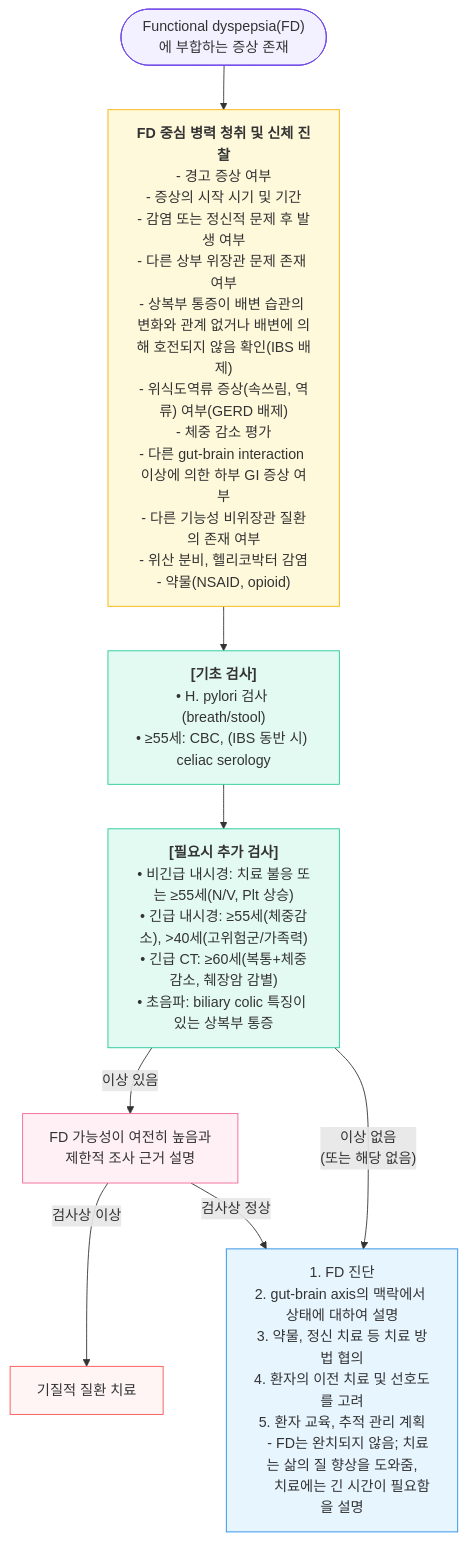
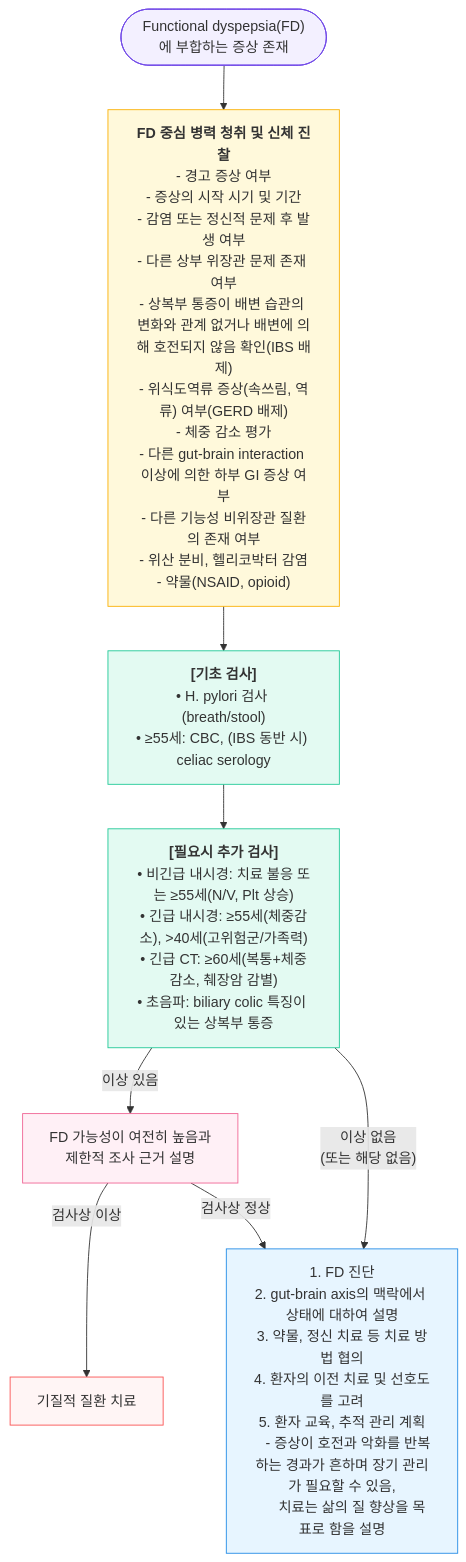
The first of 2 diagrams in 224_/076_-functional-dyspepsia-fd.md (familyoh77/familyoh77), drawn with Mermaid before and after one commit. The commit also changed other lines of this file, not shown here.

````diff
--- a/224_/076_-functional-dyspepsia-fd.md
+++ b/224_/076_-functional-dyspepsia-fd.md
@@ -120,43 +149,43 @@
 ```mermaid
 graph TD
     Start(["Functional dyspepsia(FD)에 부합하는 증상 존재"]) 
     --> History["<b>FD 중심 병력 청취 및 신체 진찰</b>
 - 경고 증상 여부
 - 증상의 시작 시기 및 기간
 - 감염 또는 정신적 문제 후 발생 여부
 - 다른 상부 위장관 문제 존재 여부
 - 상복부 통증이 배변 습관의 변화와 관계 없거나 배변에 의해 호전되지 않음 확인(IBS 배제)
 - 위식도역류 증상(속쓰림, 역류) 여부(GERD 배제)
 - 체중 감소 평가
 - 다른 gut-brain interaction 이상에 의한 하부 GI 증상 여부
 - 다른 기능성 비위장관 질환의 존재 여부
 - 위산 분비, 헬리코박터 감염
 - 약물(NSAID, opioid)
 "]
 
     History --> Labs["<b>[기초 검사]</b><br/>• H. pylori 검사 (breath/stool)<br/>• ≥55세: CBC, (IBS 동반 시) celiac serology"]
     
     Labs --> AddTest["<b>[필요시 추가 검사]</b><br/>• 비긴급 내시경: 치료 불응 또는 ≥55세(N/V, Plt 상승)<br/>• 긴급 내시경: ≥55세(체중감소), >40세(고위험군/가족력)<br/>• 긴급 CT: ≥60세(복통+체중감소, 췌장암 감별)<br/>• 초음파: biliary colic 특징이 있는 상복부 통증"]
 
     AddTest -- "이상 있음" --> Expl["FD 가능성이 여전히 높음과<br/>제한적 조사 근거 설명"]
     
     Expl -- "검사상 이상" --> Organic["기질적 질환 치료"]
     Expl -- "검사상 정상" --> FD_Diag["1. FD 진단
 2. gut-brain axis의 맥락에서 상태에 대하여 설명
 3. 약물, 정신 치료 등 치료 방법 협의
 4. 환자의 이전 치료 및 선호도를 고려
 5. 환자 교육, 추적 관리 계획
-   - FD는 완치되지 않음; 치료는 삶의 질 향상을 도와줌,
-     치료에는 긴 시간이 필요함을 설명
+   - 증상이 호전과 악화를 반복하는 경과가 흔하며 장기 관리가 필요할 수 있음,
+     치료는 삶의 질 향상을 목표로 함을 설명
 "]
     
     AddTest -- "이상 없음<br/>(또는 해당 없음)" --> FD_Diag
 
     style Start fill:#f3f0ff,stroke:#7048e8
     style History fill:#fff9db,stroke:#fab005
     style Labs fill:#e3faf2,stroke:#20c997
     style AddTest fill:#e3faf2,stroke:#20c997
     style Expl fill:#fff0f6,stroke:#f06595
     style FD_Diag fill:#e7f5ff,stroke:#228be6
     style Organic fill:#fff5f5,stroke:#fa5252
 ```
````
